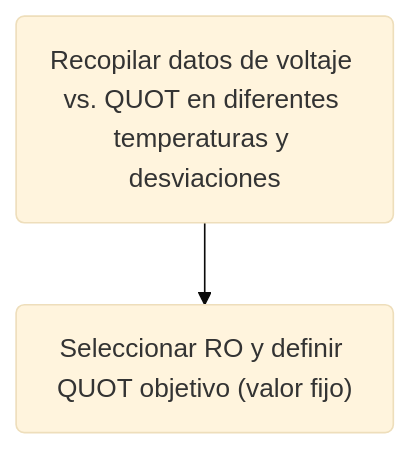
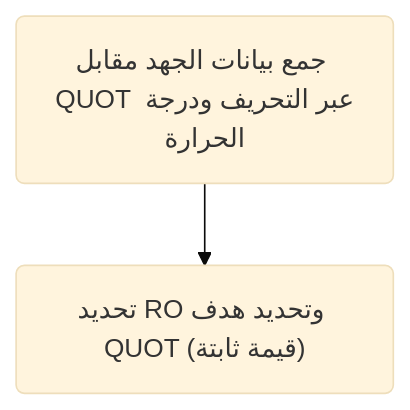
One commit to linyuxuanlin/Wiki_MkDocs changed the first of 5 diagrams in docs/ar/MkDocs测试实验室.md. Above: the diagram before and after it, drawn with Mermaid (base theme). The commit also changed other lines of this file and 23 other files, not shown here.

````diff
--- a/docs/ar/MkDocs测试实验室.md
+++ b/docs/ar/MkDocs测试实验室.md
@@ -9,6 +9,6 @@
 ```mermaid
 graph TD
-    a1("Recopilar datos de voltaje vs. QUOT en diferentes temperaturas y desviaciones")
-    a2("Seleccionar RO y definir QUOT objetivo (valor fijo)")
+    a1("جمع بيانات الجهد مقابل QUOT عبر التحريف ودرجة الحرارة")
+    a2("تحديد RO وتحديد هدف QUOT (قيمة ثابتة)" )
     a1-->a2
 ```
````
